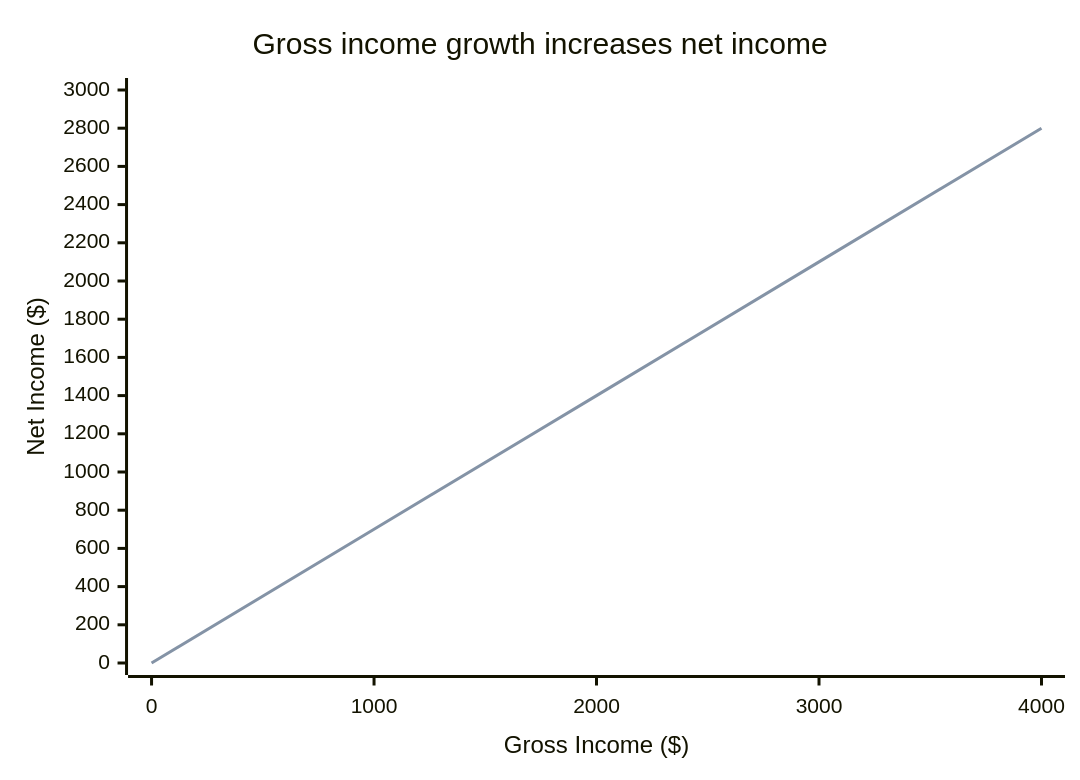
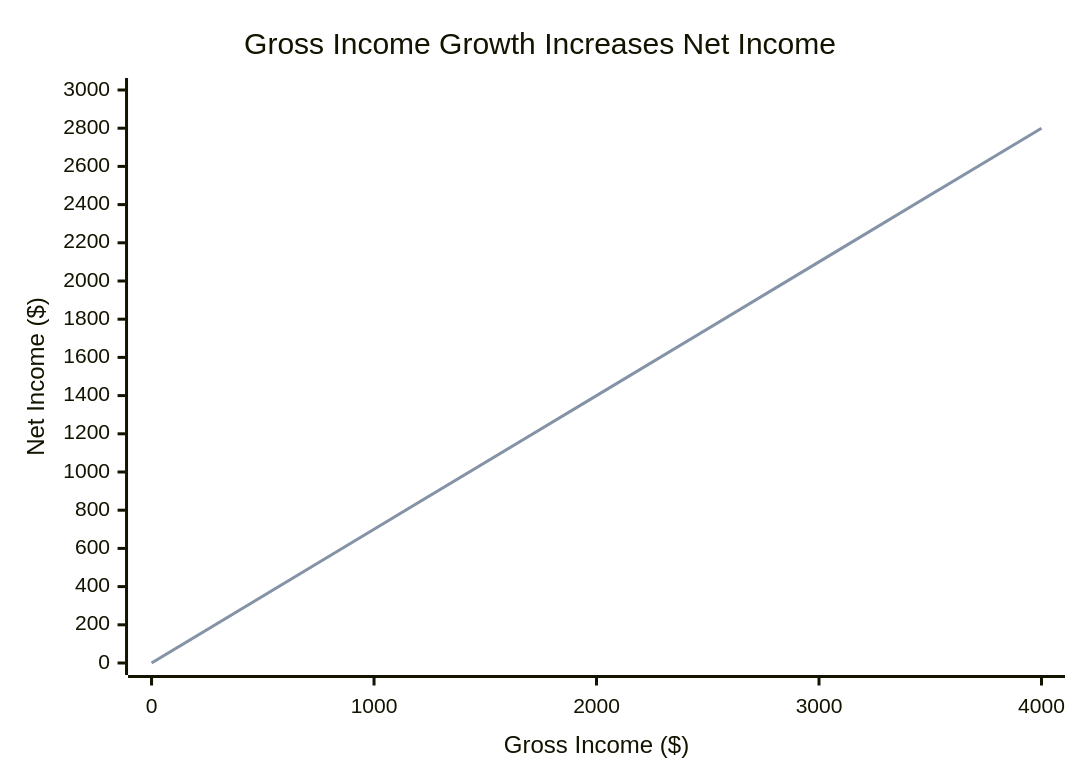
The second of 4 diagrams in notes/economy/justice.md (sergey-shandar/public), drawn with Mermaid before and after one commit. The commit also changed other lines of this file, not shown here.

````diff
--- a/notes/economy/justice.md
+++ b/notes/economy/justice.md
@@ -25,8 +25,8 @@
 ```mermaid
 xychart-beta
-    title "Gross income growth increases net income"
+    title "Gross Income Growth Increases Net Income"
     x-axis "Gross Income ($)" [0, 1000, 2000, 3000, 4000]
     y-axis "Net Income ($)" 0 --> 3000
     line [0]
     line [0, 700, 1400, 2100, 2800]
 ```
````
